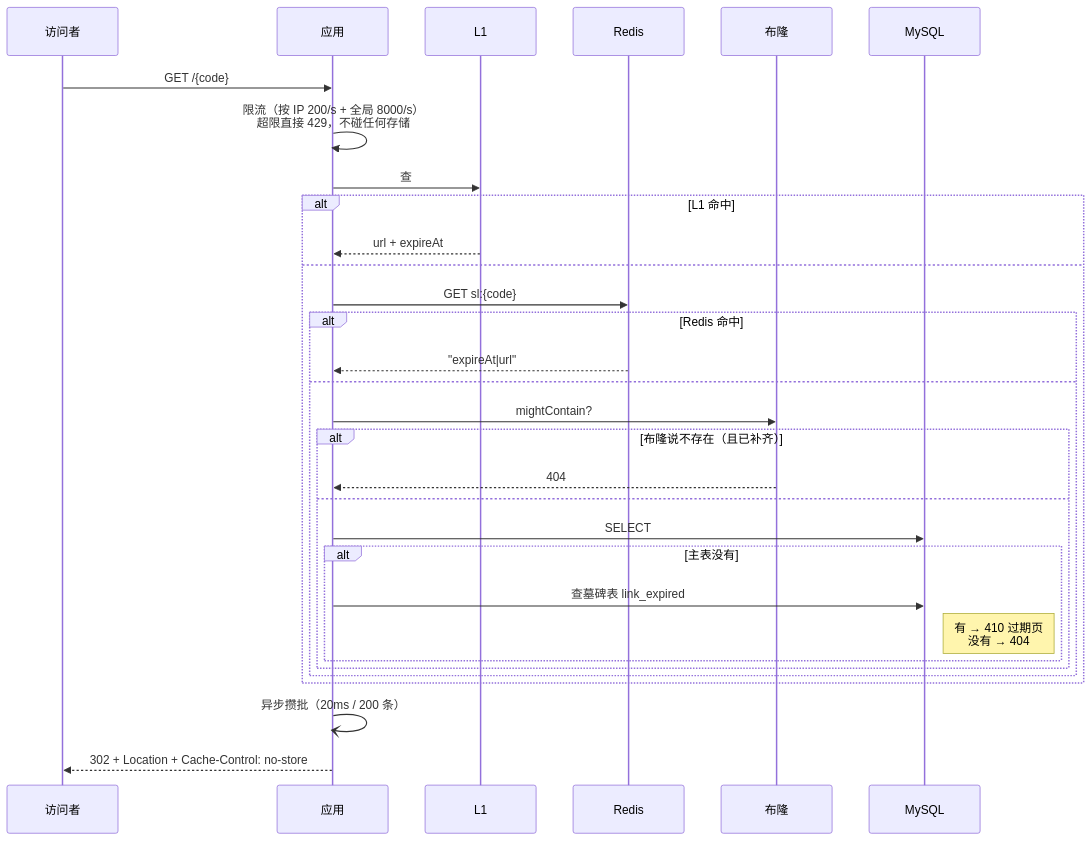
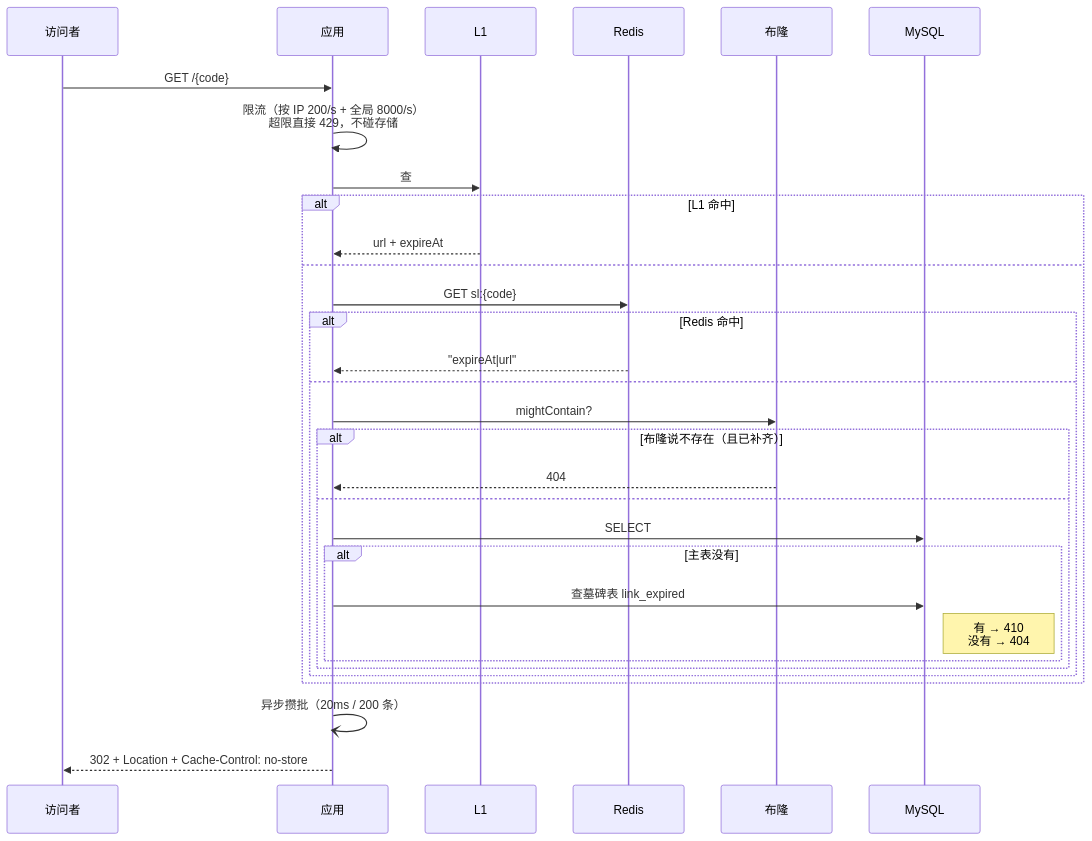
Before and after one commit to Xiangyfff/shortlink: the third of 4 diagrams in README.md, drawn with Mermaid. The commit also changed other lines of this file, not shown here.

````diff
--- a/README.md
+++ b/README.md
@@ -159,33 +138,33 @@
 ```mermaid
 sequenceDiagram
     participant U as 访问者
     participant A as 应用
     participant L1 as L1
     participant R as Redis
     participant B as 布隆
     participant D as MySQL
     U->>A: GET /{code}
-    A->>A: 限流（按 IP 200/s + 全局 8000/s）<br/>超限直接 429，不碰任何存储
+    A->>A: 限流（按 IP 200/s + 全局 8000/s）<br/>超限直接 429，不碰存储
     A->>L1: 查
     alt L1 命中
         L1-->>A: url + expireAt
     else
         A->>R: GET sl:{code}
         alt Redis 命中
             R-->>A: "expireAt|url"
         else
             A->>B: mightContain?
             alt 布隆说不存在（且已补齐）
                 B-->>A: 404
             else
                 A->>D: SELECT
                 alt 主表没有
                     A->>D: 查墓碑表 link_expired
-                    Note right of D: 有 → 410 过期页<br/>没有 → 404
+                    Note right of D: 有 → 410<br/>没有 → 404
                 end
             end
         end
     end
     A-)A: 异步攒批（20ms / 200 条）
     A-->>U: 302 + Location + Cache-Control: no-store
 ```
````
